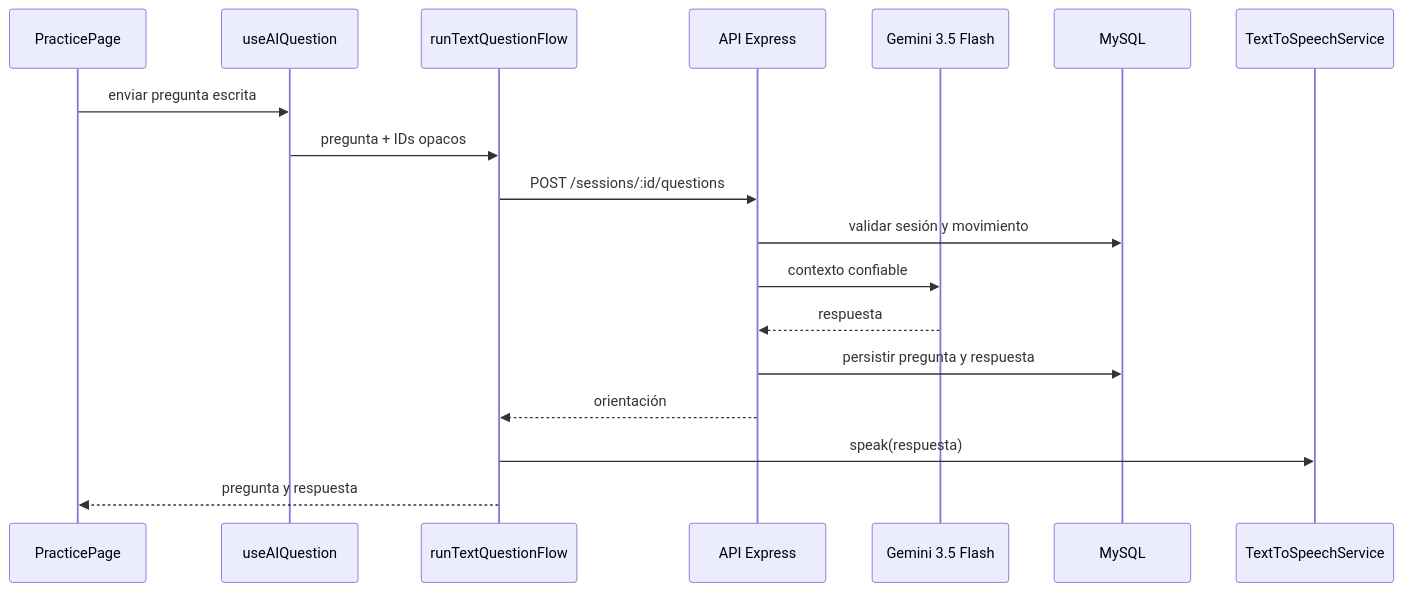
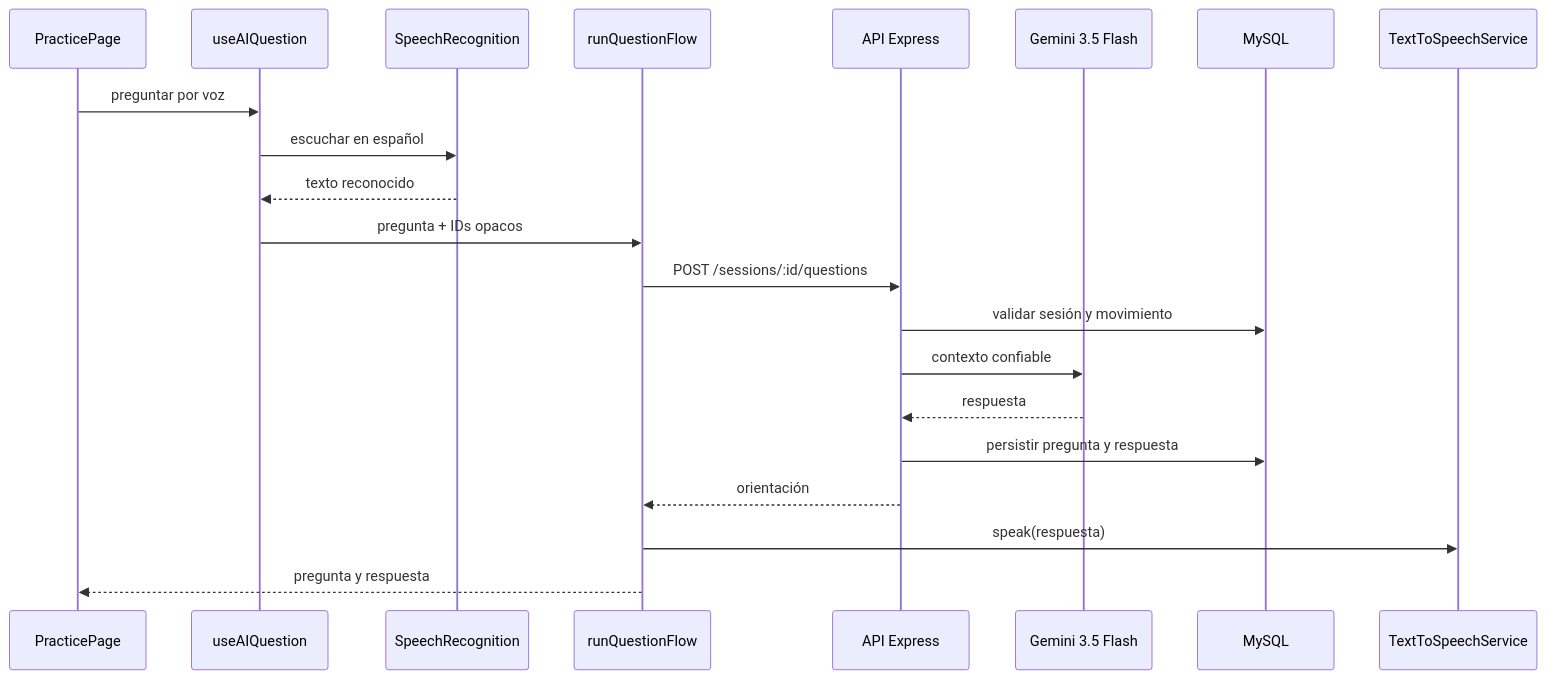
Before and after one commit to marianafloreslopez99/Taichi: the second of 2 diagrams in docs/ARCHITECTURE.md, drawn with Mermaid. The commit also changed other lines of this file and 70 other files, not shown here.

````diff
--- a/docs/ARCHITECTURE.md
+++ b/docs/ARCHITECTURE.md
@@ -17,20 +17,23 @@
 ```mermaid
 sequenceDiagram
   participant UI as PracticePage
   participant Hook as useAIQuestion
-  participant Flow as runTextQuestionFlow
+  participant STT as SpeechRecognition
+  participant Flow as runQuestionFlow
   participant API as API Express
   participant LLM as Gemini 3.5 Flash
   participant DB as MySQL
   participant TTS as TextToSpeechService
-  UI->>Hook: enviar pregunta escrita
+  UI->>Hook: preguntar por voz
+  Hook->>STT: escuchar en español
+  STT-->>Hook: texto reconocido
   Hook->>Flow: pregunta + IDs opacos
   Flow->>API: POST /sessions/:id/questions
   API->>DB: validar sesión y movimiento
   API->>LLM: contexto confiable
   LLM-->>API: respuesta
   API->>DB: persistir pregunta y respuesta
   API-->>Flow: orientación
   Flow->>TTS: speak(respuesta)
   Flow-->>UI: pregunta y respuesta
 ```
````
